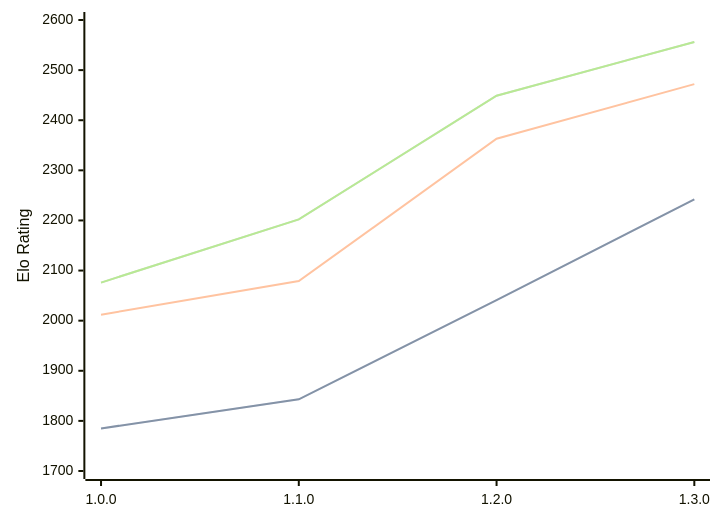
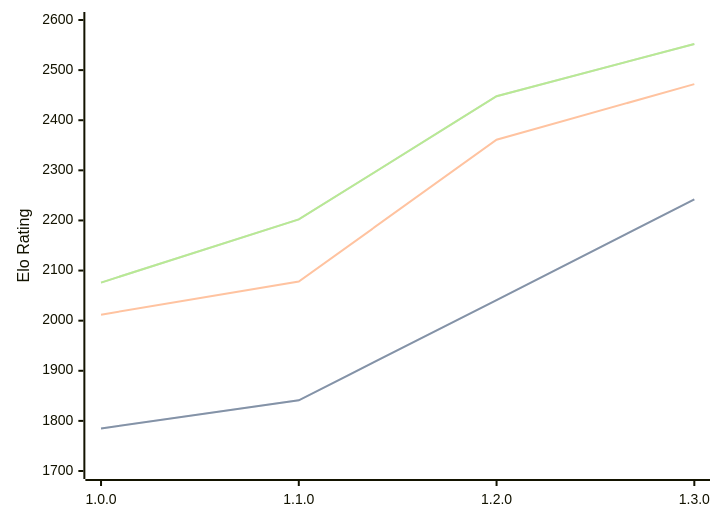
The diagram in engines/Anodos.md (computer-chess-index/cci), drawn with Mermaid before and after one commit. The commit also changed other lines of this file, not shown here.

Commit message:
Update CCI Ratings (ELO VLTC) - 2026-02-27

````diff
--- a/engines/Anodos.md
+++ b/engines/Anodos.md
@@ -43,11 +43,11 @@
 ```mermaid
 %%{init: {"theme":"base","themeVariables":{"seriesColors:['#a3a3a3','#222221','#faa371']}}}%%
 xychart-beta
   x-axis ["1.0.0", "1.1.0", "1.2.0", "1.3.0"]
   y-axis "Elo Rating" 1700 --> 2600
-  line "STC (8.0+0.08s)" [1785, 1843, 2041, 2242]
-  line "STC (8.0+0.08s)" [1785, 1843, 2041, 2242]
-  line "LTC (60.0+0.60s)" [2012, 2079, 2363, 2472]
-  line "VLTC (2m24s+1.12s)" [2076, 2202, 2449, 2556]
-  line "VLTC (2m24s+1.12s)" [2076, 2202, 2449, 2556]
+  line "STC (8.0+0.08s)" [1785, 1841, 2041, 2242]
+  line "STC (8.0+0.08s)" [1785, 1841, 2041, 2242]
+  line "LTC (60.0+0.60s)" [2012, 2078, 2361, 2472]
+  line "VLTC (2m24s+1.12s)" [2076, 2202, 2448, 2552]
+  line "VLTC (2m24s+1.12s)" [2076, 2202, 2448, 2552]
 ```
````
